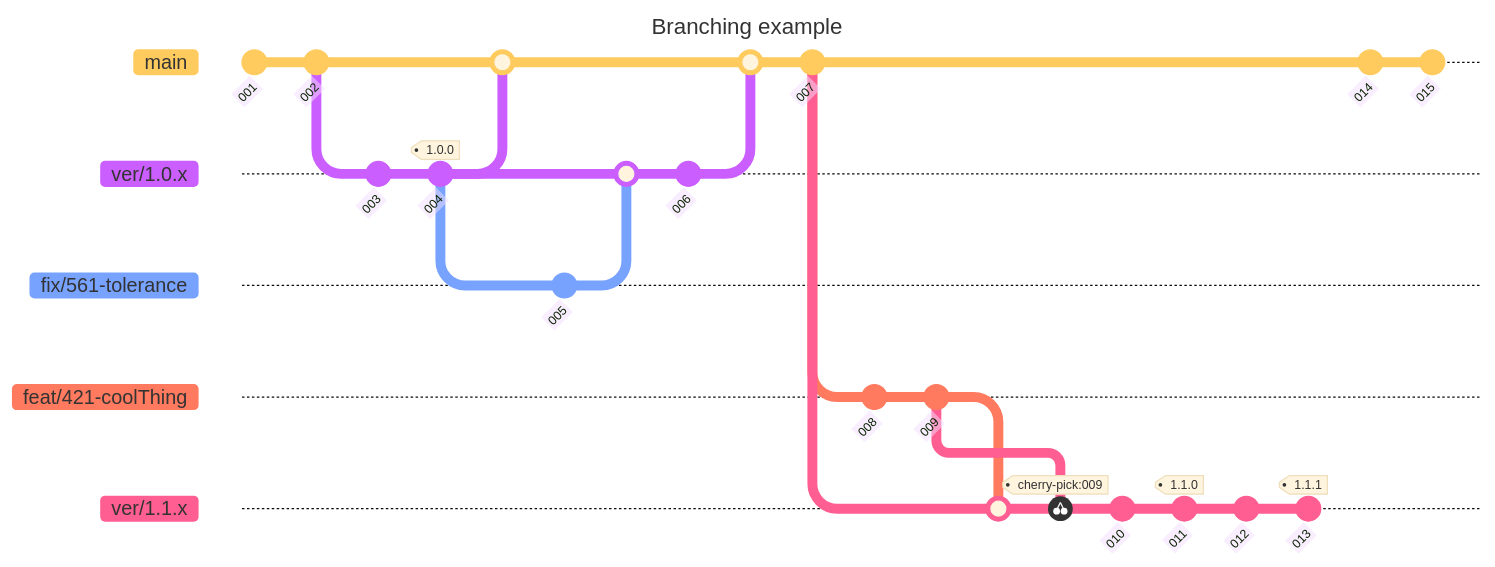
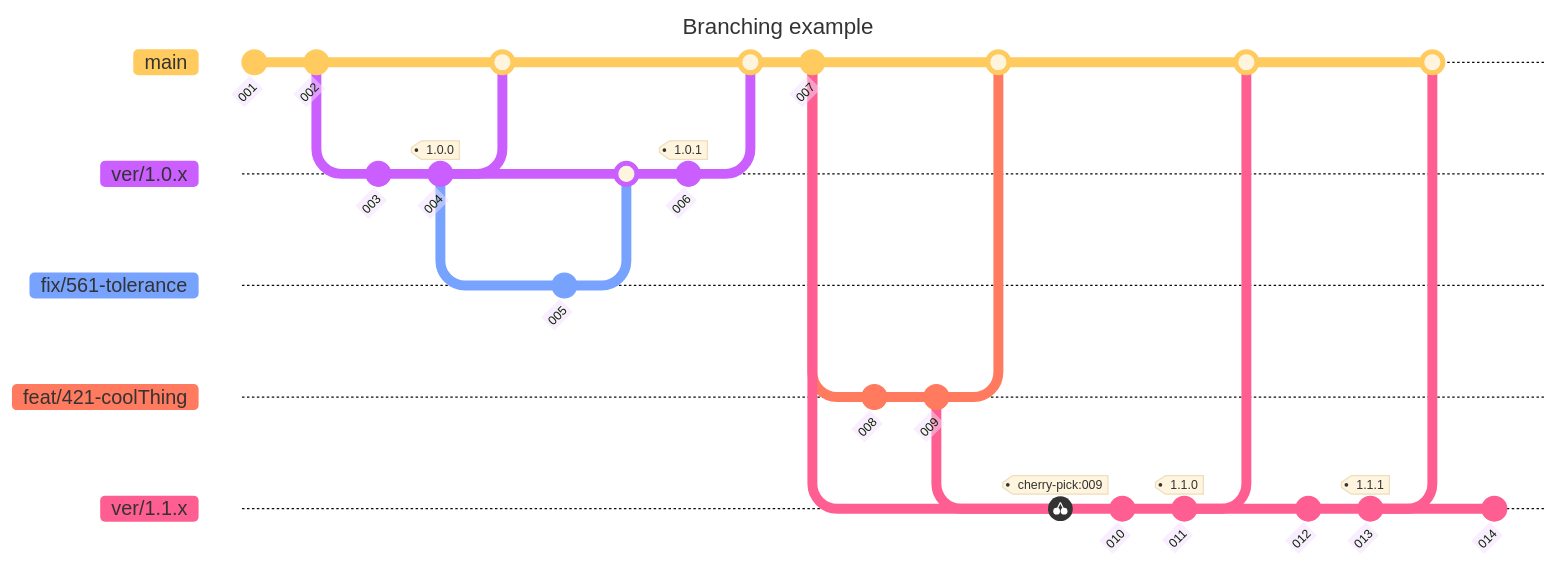
One commit to buildingSMART/template changed the diagram in .github/BRANCHING.md. Above: the diagram before and after it, drawn with Mermaid.

````diff
--- a/.github/BRANCHING.md
+++ b/.github/BRANCHING.md
@@ -32,43 +32,47 @@
 ```mermaid
 ---
 title: Branching example
 config:
   theme: 'base'
 ---
 gitGraph
    commit id: "001"
    commit id: "002"
    branch ver/1.0.x
    checkout ver/1.0.x
    commit id: "003"
    commit id: "004" tag: "1.0.0"
    checkout main
    merge ver/1.0.x
    checkout ver/1.0.x
    branch fix/561-tolerance
    checkout fix/561-tolerance
    commit id: "005"
    checkout ver/1.0.x
    merge fix/561-tolerance
-   commit id: "006"
+   commit id: "006" tag: "1.0.1"
    checkout main
    merge ver/1.0.x
    commit id: "007"
-   checkout main
    branch feat/421-coolThing
    checkout feat/421-coolThing
    commit id: "008"
    commit id: "009"
    checkout main  
-   branch ver/1.1.x 
+   branch ver/1.1.x
+   checkout main  
    merge feat/421-coolThing
-   checkout ver/1.1.x 
+   checkout ver/1.1.x
    cherry-pick id: "009"
    commit id: "010"
    commit id: "011" tag: "1.1.0"
+   checkout main  
+   merge ver/1.1.x
+   checkout ver/1.1.x
    commit id: "012"
    commit id: "013" tag: "1.1.1"
    checkout main  
+   merge ver/1.1.x
+   checkout ver/1.1.x
    commit id: "014"
-   commit id: "015"
 ```
````
